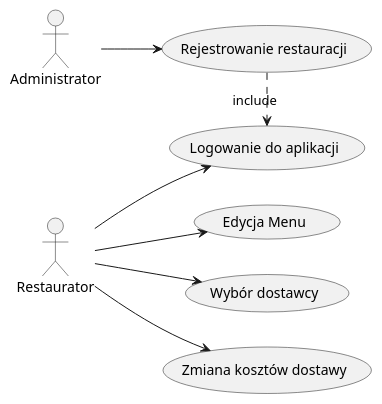
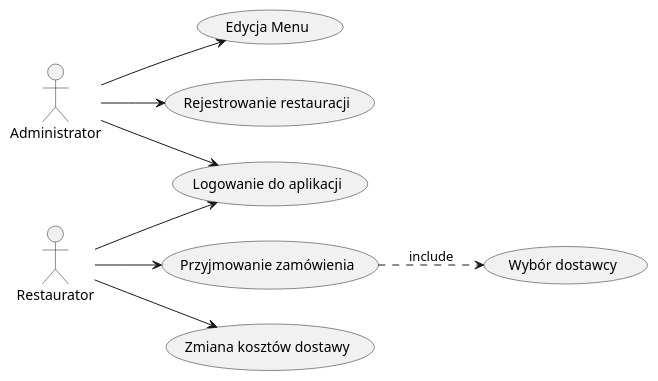
One commit to amelinium23/food-ordering-and-delivering-service changed the diagram in docs/usecase_diagram_res.md. Above: the diagram before and after it, drawn with PlantUML.

Commit message:
Kocham Krzysia

````diff
--- a/docs/usecase_diagram_res.md
+++ b/docs/usecase_diagram_res.md
@@ -1,22 +1,24 @@
 ```plantuml
 @startuml usecase
 left to right direction
 
 actor Restaurator as Res
 actor Administrator as Ad
 
 usecase "Logowanie do aplikacji" as uc1
 usecase "Edycja Menu" as uc2
 usecase "Wybór dostawcy" as uc3
 usecase "Rejestrowanie restauracji" as uc4
 usecase "Zmiana kosztów dostawy" as uc5
+usecase "Przyjmowanie zamówienia" as uc6
 
 Ad --> uc4
-(uc4) .> (uc1) : include
+Ad --> uc2
+Ad --> uc1
+(uc6) ..> (uc3) : include
 Res --> uc1
-Res --> uc2
-Res --> uc3
+Res --> uc6
 Res --> uc5
 
 @enduml
 ```
````
